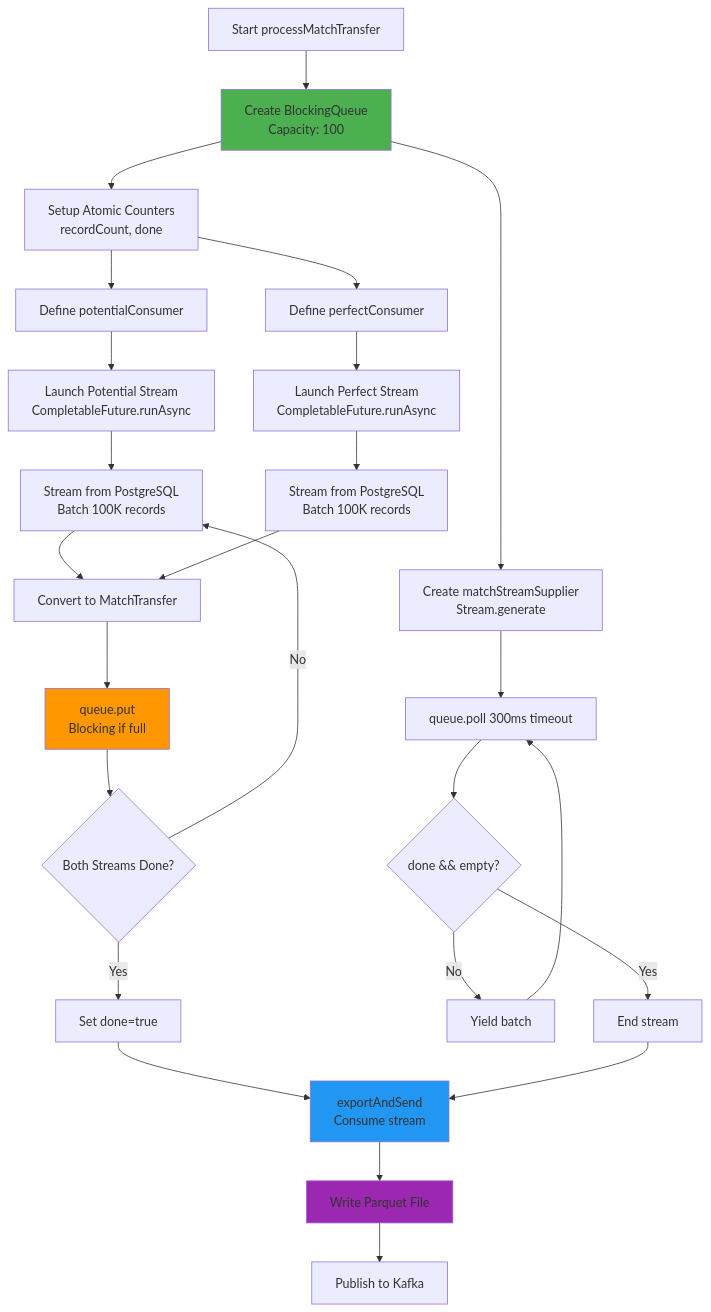
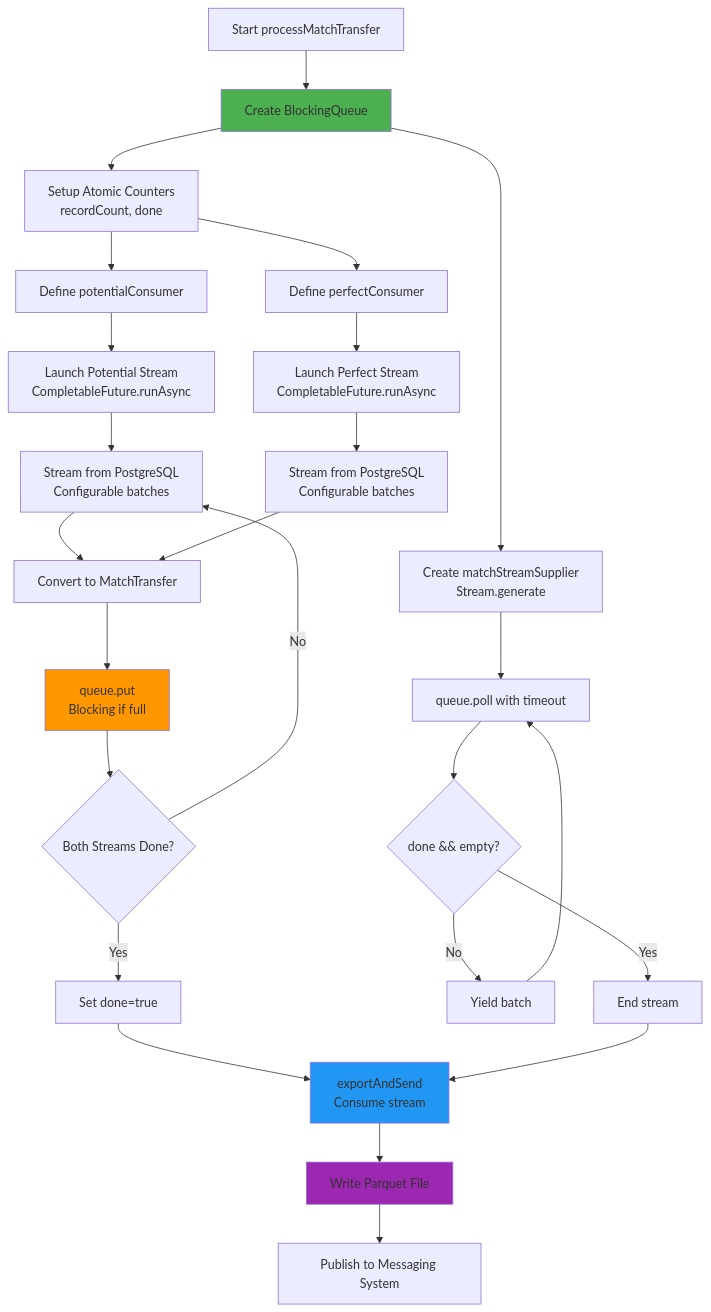
Before and after one commit to kagit00/schedule_x: the seventh of 9 diagrams in docs/Low Level Designs/MatchesTransfer.md, drawn with Mermaid. The commit also changed other lines of this file and 7 other files, not shown here.

````diff
--- a/docs/Low Level Designs/MatchesTransfer.md
+++ b/docs/Low Level Designs/MatchesTransfer.md
@@ -335,44 +275,44 @@
 ```mermaid
 flowchart TB
-    A[Start processMatchTransfer] --> B[Create BlockingQueue<br/>Capacity: 100]
+    A[Start processMatchTransfer] --> B[Create BlockingQueue]
     
     B --> C[Setup Atomic Counters<br/>recordCount, done]
     
     C --> D[Define potentialConsumer]
     C --> E[Define perfectConsumer]
     
     D --> F[Launch Potential Stream<br/>CompletableFuture.runAsync]
     E --> G[Launch Perfect Stream<br/>CompletableFuture.runAsync]
     
-    F --> H[Stream from PostgreSQL<br/>Batch 100K records]
-    G --> I[Stream from PostgreSQL<br/>Batch 100K records]
+    F --> H[Stream from PostgreSQL<br/>Configurable batches]
+    G --> I[Stream from PostgreSQL<br/>Configurable batches]
     
     H --> J[Convert to MatchTransfer]
     I --> J
     
     J --> K[queue.put<br/>Blocking if full]
     
     K --> L{Both Streams Done?}
     L -->|No| H
     L -->|Yes| M[Set done=true]
     
     B --> N[Create matchStreamSupplier<br/>Stream.generate]
     
-    N --> O[queue.poll 300ms timeout]
+    N --> O[queue.poll with timeout]
     O --> P{done && empty?}
     P -->|No| Q[Yield batch]
     P -->|Yes| R[End stream]
     
     Q --> O
     
     M --> S[exportAndSend<br/>Consume stream]
     R --> S
     
     S --> T[Write Parquet File]
-    T --> U[Publish to Kafka]
+    T --> U[Publish to Messaging System]
     
     style B fill:#4CAF50
     style K fill:#FF9800
     style S fill:#2196F3
     style T fill:#9C27B0
 ```
````
